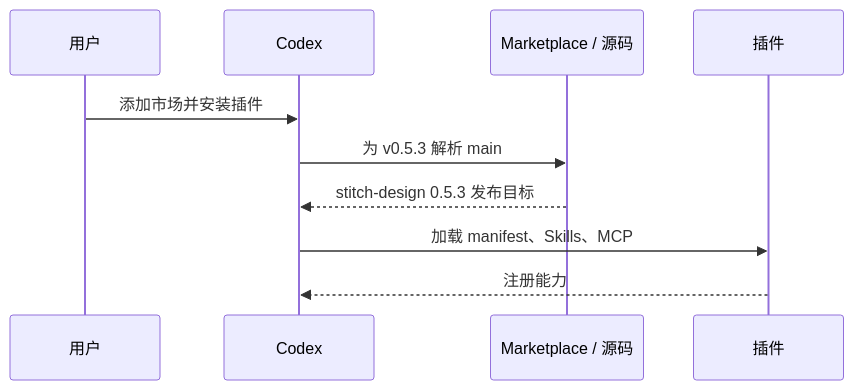
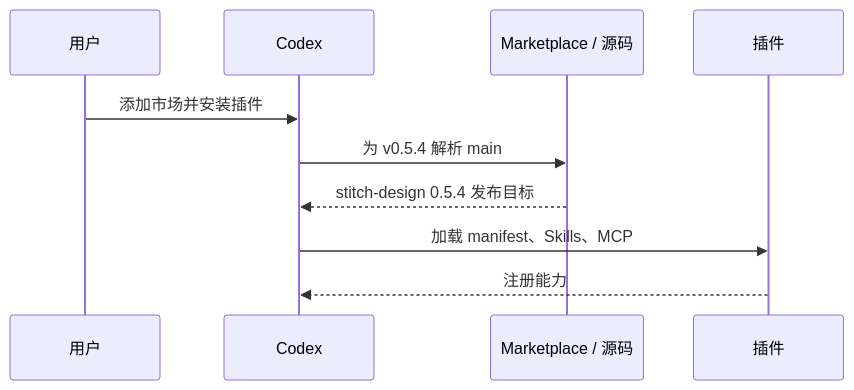
The seventh of 11 diagrams in docs/Stitch-Design-Architecture.zh_CN.md (full-stack-plugins/stitch-design-plugin), drawn with Mermaid before and after one commit. The commit also changed other lines of this file and 12 other files, not shown here.

Commit message:
fix: prepare Stitch Design 0.5.4 Windows validation

````diff
--- a/docs/Stitch-Design-Architecture.zh_CN.md
+++ b/docs/Stitch-Design-Architecture.zh_CN.md
@@ -158,12 +158,12 @@
 ```mermaid
 sequenceDiagram
     participant U as 用户
     participant C as Codex
     participant M as Marketplace / 源码
     participant P as 插件
     U->>C: 添加市场并安装插件
-    C->>M: 为 v0.5.3 解析 main
-    M-->>C: stitch-design 0.5.3 发布目标
+    C->>M: 为 v0.5.4 解析 main
+    M-->>C: stitch-design 0.5.4 发布目标
     C->>P: 加载 manifest、Skills、MCP
     P-->>C: 注册能力
 ```
````
